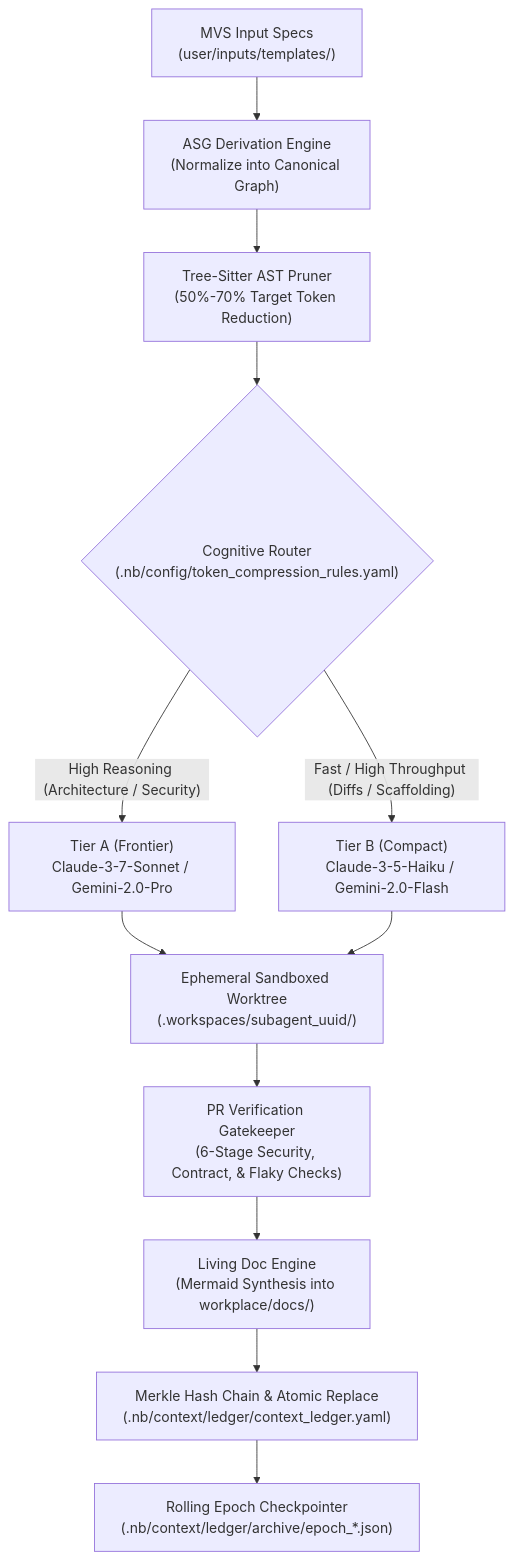
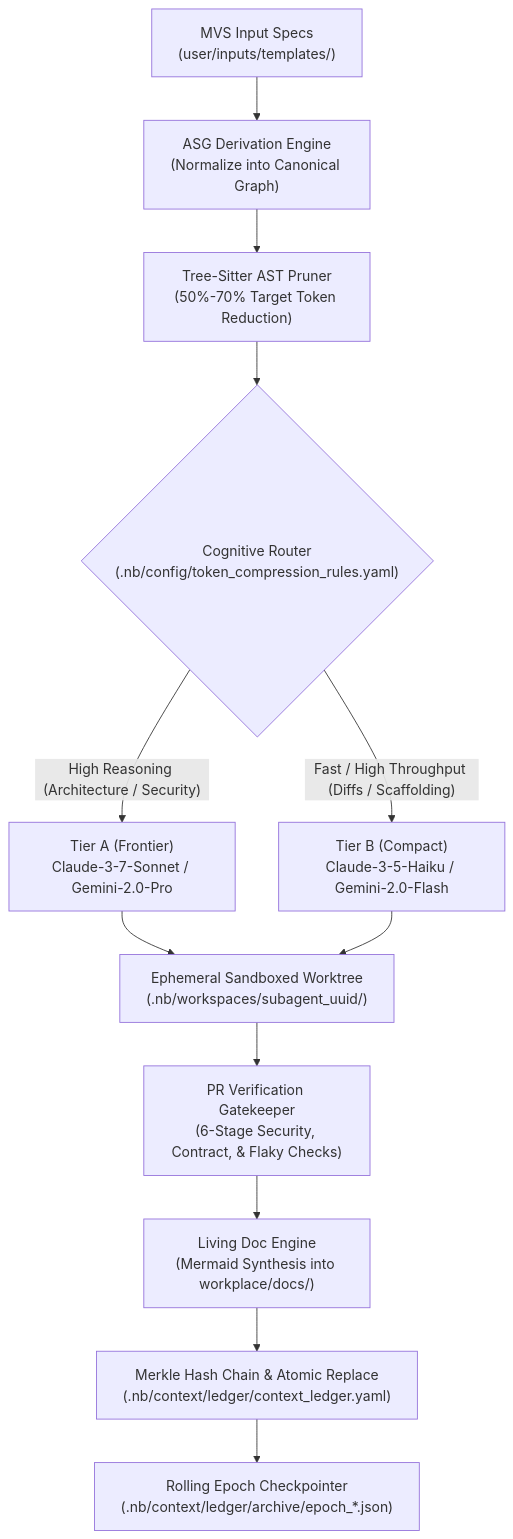
One commit to lakhwindersingh/nb_fairyfly changed the first of 2 diagrams in workplace/docs/data_flow.md. Above: the diagram before and after it, drawn with Mermaid. The commit also changed 59 other files, not shown here.

````diff
--- a/workplace/docs/data_flow.md
+++ b/workplace/docs/data_flow.md
@@ -8,17 +8,17 @@
 ```mermaid
 flowchart TD
   MVS["MVS Input Specs<br/>(user/inputs/templates/)"] --> Derivation["ASG Derivation Engine<br/>(Normalize into Canonical Graph)"]
   Derivation --> ASTPruner["Tree-Sitter AST Pruner<br/>(50%-70% Target Token Reduction)"]
   ASTPruner --> TierRouter{"Cognitive Router<br/>(.nb/config/token_compression_rules.yaml)"}
   
   TierRouter -->|"High Reasoning (Architecture / Security)"| TierA["Tier A (Frontier)<br/>Claude-3-7-Sonnet / Gemini-2.0-Pro"]
   TierRouter -->|"Fast / High Throughput (Diffs / Scaffolding)"| TierB["Tier B (Compact)<br/>Claude-3-5-Haiku / Gemini-2.0-Flash"]
 
-  TierA --> Worktree["Ephemeral Sandboxed Worktree<br/>(.workspaces/subagent_uuid/)"]
+  TierA --> Worktree["Ephemeral Sandboxed Worktree<br/>(.nb/workspaces/subagent_uuid/)"]
   TierB --> Worktree
 
   Worktree --> Gatekeeper["PR Verification Gatekeeper<br/>(6-Stage Security, Contract, & Flaky Checks)"]
   Gatekeeper --> LivingDoc["Living Doc Engine<br/>(Mermaid Synthesis into workplace/docs/)"]
   LivingDoc --> MerkleSeal["Merkle Hash Chain & Atomic Replace<br/>(.nb/context/ledger/context_ledger.yaml)"]
   MerkleSeal --> EpochArchive["Rolling Epoch Checkpointer<br/>(.nb/context/ledger/archive/epoch_*.json)"]
 ```
````
